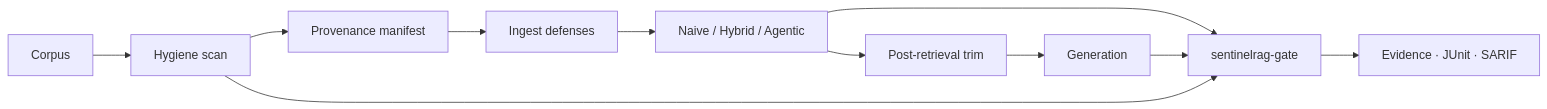
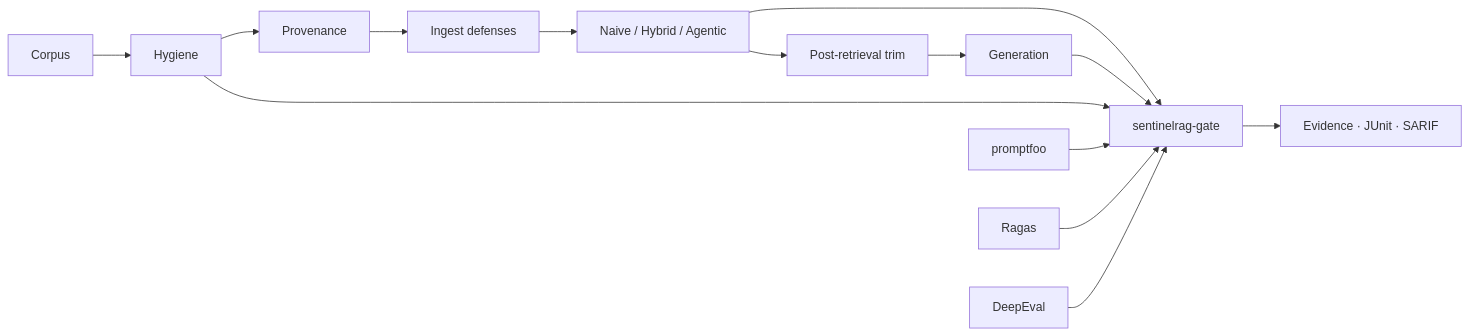
The diagram in README.md (prakash888kp/SentinelRAG), drawn with Mermaid before and after one commit. The commit also changed other lines of this file and 34 other files, not shown here.

````diff
--- a/README.md
+++ b/README.md
@@ -92,11 +108,12 @@
 ```mermaid
 flowchart LR
-  CORPUS[Corpus] --> HYG[Hygiene scan]
-  HYG --> PROV[Provenance manifest]
+  CORPUS[Corpus] --> HYG[Hygiene]
+  HYG --> PROV[Provenance]
   PROV --> ING[Ingest defenses]
   ING --> RET[Naive / Hybrid / Agentic]
   RET --> TRIM[Post-retrieval trim]
   TRIM --> GEN[Generation]
   RET & GEN & HYG --> GATE[sentinelrag-gate]
+  PF[promptfoo] & RG[Ragas] & DE[DeepEval] --> GATE
   GATE --> ART[Evidence · JUnit · SARIF]
 ```
````
